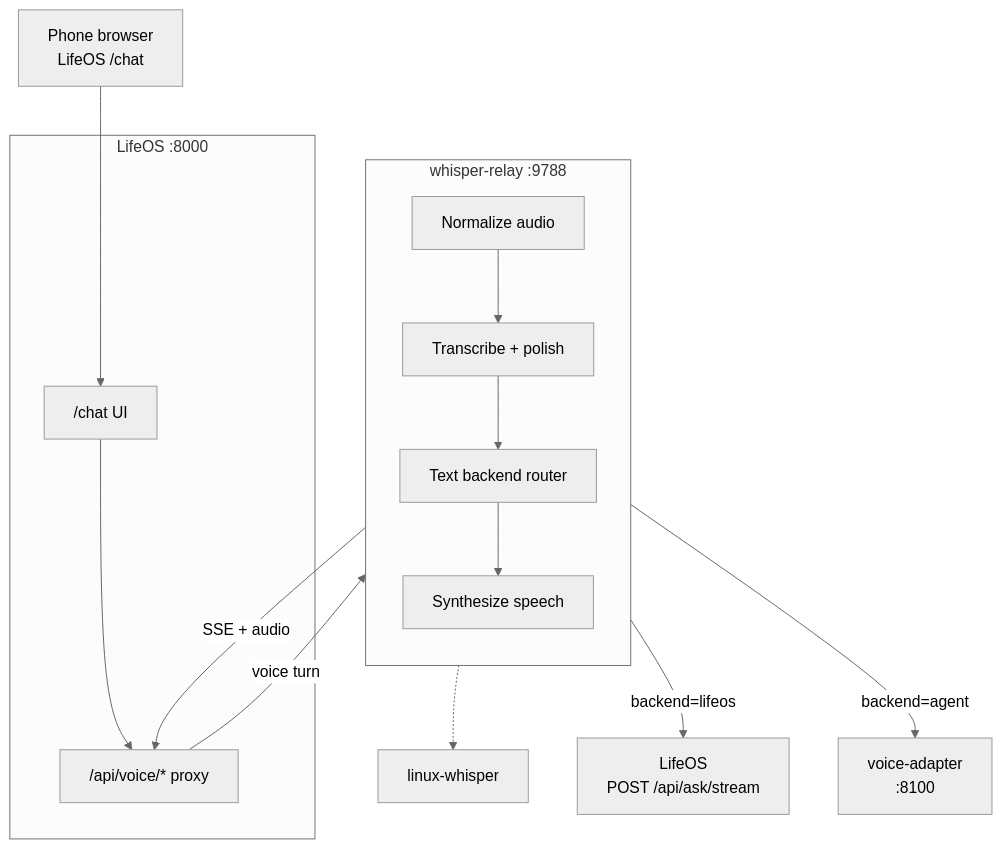
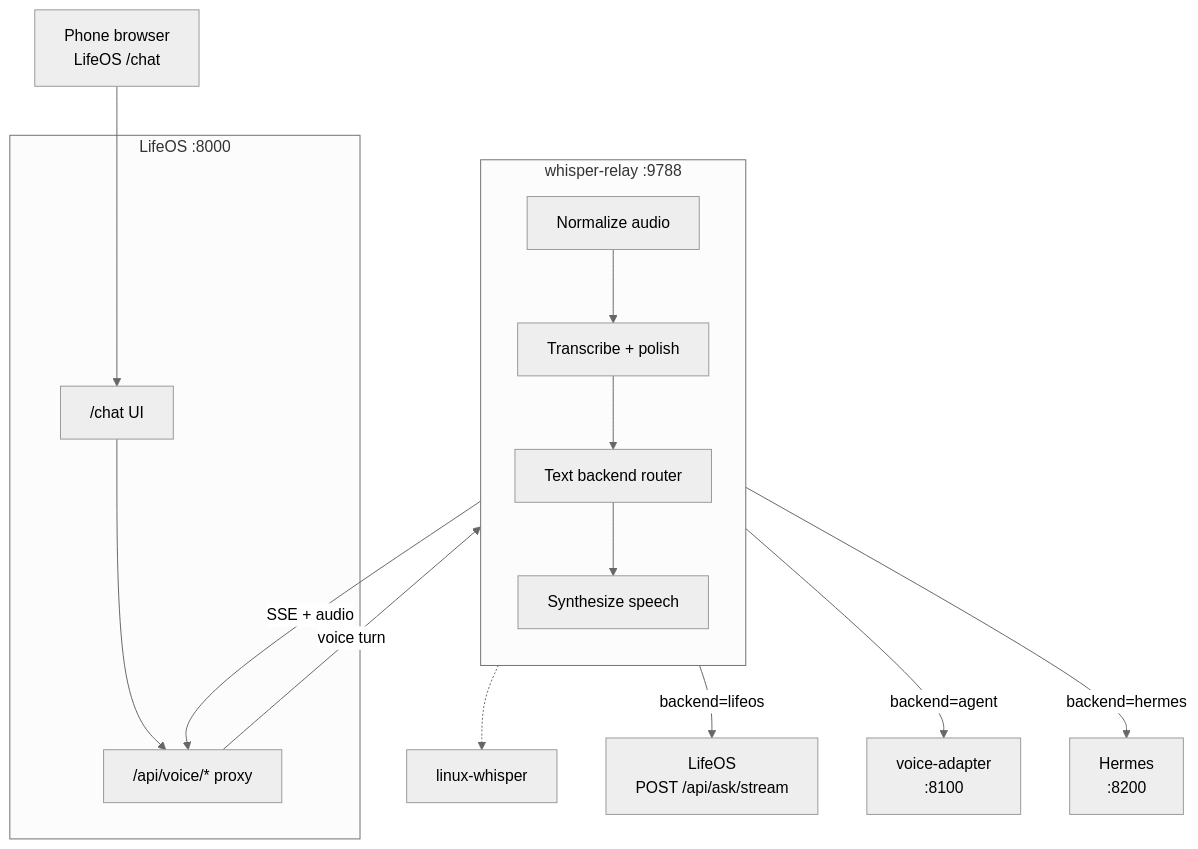
The diagram in README.md (nbramia/whisper-relay), drawn with Mermaid (neutral theme) before and after one commit. The commit also changed other lines of this file and 9 other files, not shown here.

First line of the commit message:
feat: add hermes as a third text backend (issue #32) (#33)

````diff
--- a/README.md
+++ b/README.md
@@ -19,30 +20,32 @@
 ```mermaid
 flowchart TB
   phone["Phone browser<br/>LifeOS /chat"]
 
   subgraph lifeos["LifeOS :8000"]
     chat["/chat UI"]
     proxy["/api/voice/* proxy"]
     chat --> proxy
   end
 
   subgraph relay["whisper-relay :9788"]
     direction TB
     norm["Normalize audio"]
     stt["Transcribe + polish"]
     router["Text backend router"]
     tts["Synthesize speech"]
     norm --> stt --> router --> tts
   end
 
   lw["linux-whisper"]
   orch["LifeOS<br/>POST /api/ask/stream"]
   agent["voice-adapter<br/>:8100"]
+  hermes["Hermes<br/>:8200"]
 
   phone --> chat
   proxy -->|"voice turn"| norm
   tts -->|"SSE + audio"| proxy
   stt -.-> lw
   router -->|"backend=lifeos"| orch
   router -->|"backend=agent"| agent
+  router -->|"backend=hermes"| hermes
 ```
````
